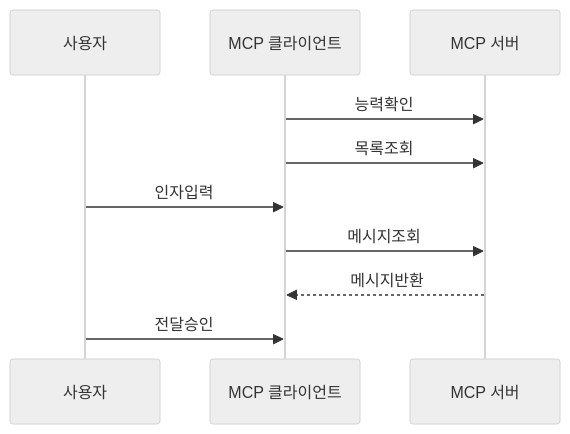
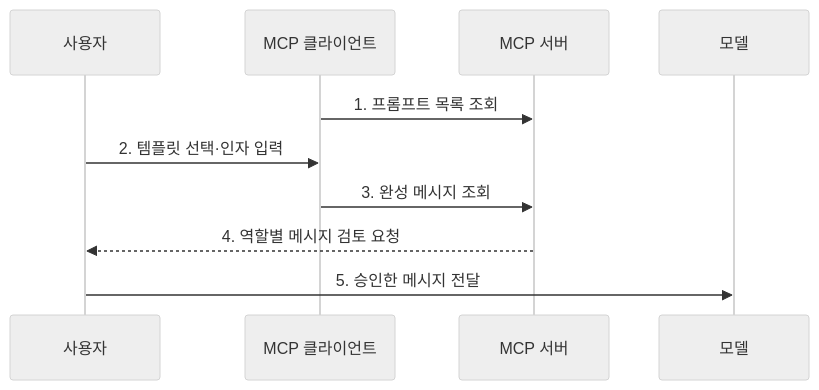
Before and after one commit to agnusdei1207/knowledge-base: the second of 2 diagrams in src/content/docs/notes/08-latest-tech/011_mcp_prompt.md, drawn with Mermaid (neutral theme). The commit also changed other lines of this file and 16 other files, not shown here.

Commit message:
Add SVM chart comparisons and continue latest technology rewrite

````diff
--- a/src/content/docs/notes/08-latest-tech/011_mcp_prompt.md
+++ b/src/content/docs/notes/08-latest-tech/011_mcp_prompt.md
@@ -85,12 +74,12 @@
 ```mermaid
 sequenceDiagram
     participant U as 사용자
     participant C as MCP 클라이언트
     participant S as MCP 서버
-    C->>S: 능력확인
-    C->>S: 목록조회
-    U->>C: 인자입력
-    C->>S: 메시지조회
-    S-->>C: 메시지반환
-    U->>C: 전달승인
+    participant M as 모델
+    C->>S: 1. 프롬프트 목록 조회
+    U->>C: 2. 템플릿 선택·인자 입력
+    C->>S: 3. 완성 메시지 조회
+    S-->>U: 4. 역할별 메시지 검토 요청
+    U->>M: 5. 승인한 메시지 전달
 ```
````
